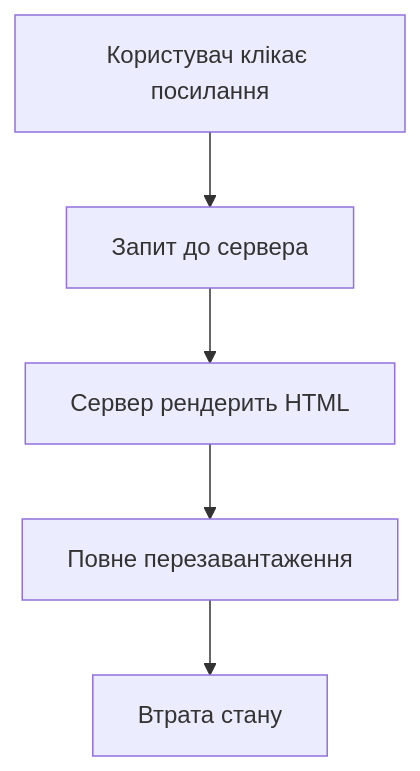
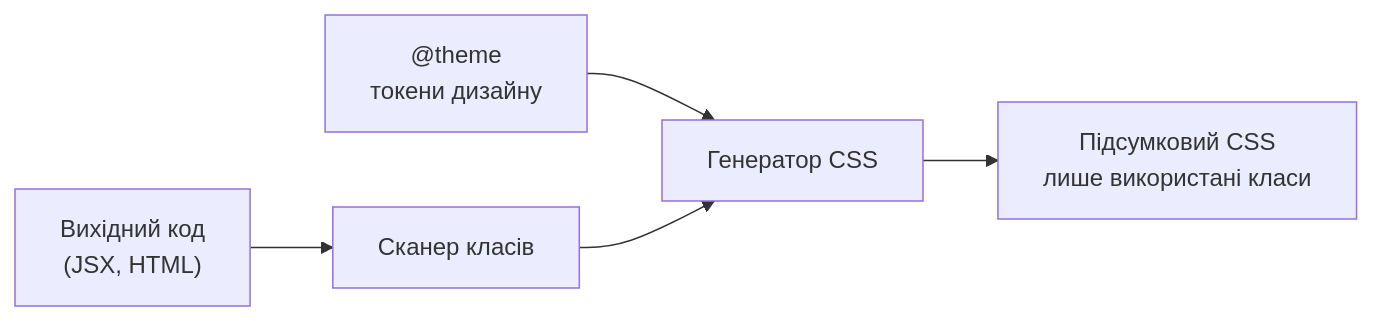
Before and after one commit to olroi421/course-web: the diagram in presentations/presentation-11.md, drawn with Mermaid. The commit also changed other lines of this file and 30 other files, not shown here.

````diff
--- a/presentations/presentation-11.md
+++ b/presentations/presentation-11.md
@@ -18,7 +110,7 @@
 ```mermaid
-graph TB
-    A[Користувач клікає посилання] --> B[Запит до сервера]
-    B --> C[Сервер рендерить HTML]
-    C --> D[Повне перезавантаження]
-    D --> E[Втрата стану]
+flowchart LR
+    A["Вихідний код<br/>(JSX, HTML)"] --> B[Сканер класів]
+    T["@theme<br/>токени дизайну"] --> C
+    B --> C[Генератор CSS]
+    C --> D["Підсумковий CSS<br/>лише використані класи"]
 ```
````
